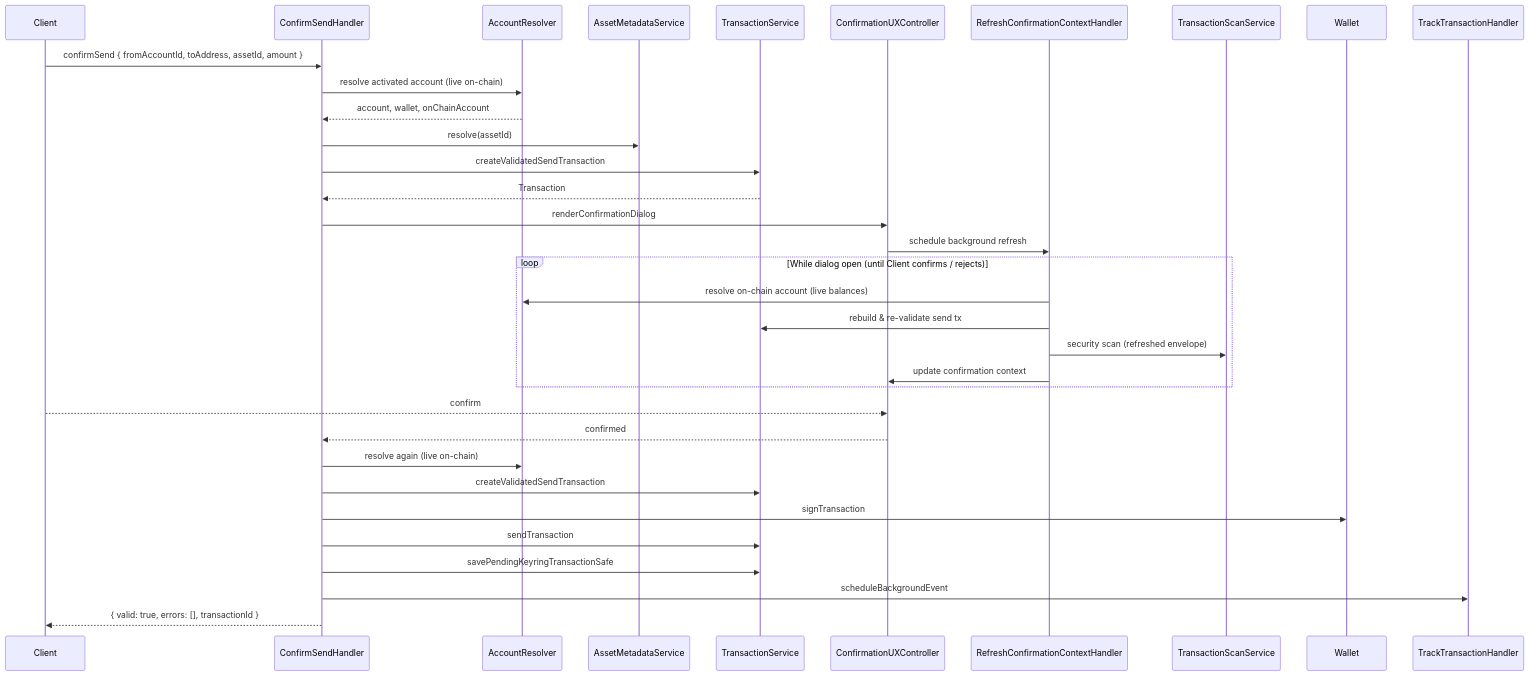
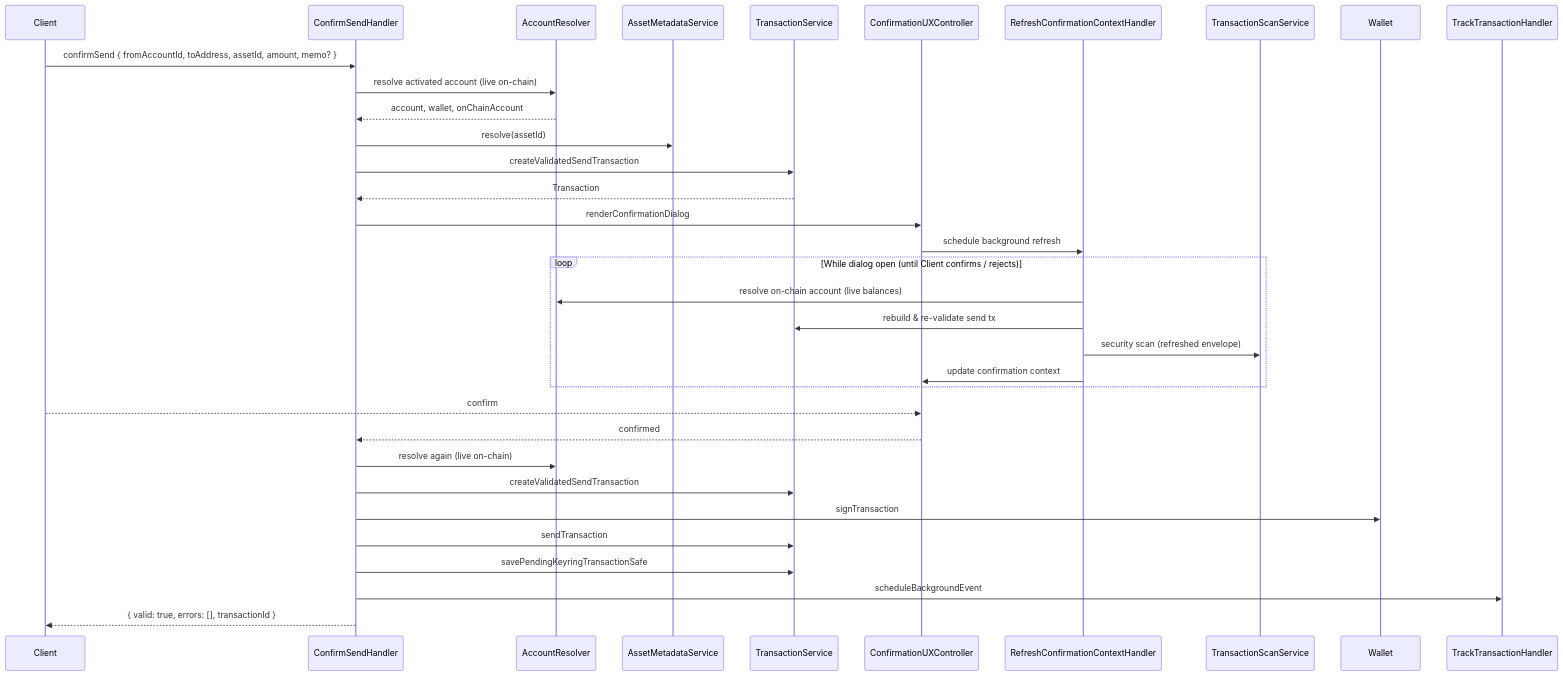
One commit to MetaMask/internal-snaps changed the diagram in packages/stellar-wallet-snap/docs/use-cases/client-request/confirmSend.md. Above: the diagram before and after it, drawn with Mermaid. The commit also changed other lines of this file and 13 other files, not shown here.

Commit message:
feat(stellar-wallet-snap): attach optional memo on confirmSend build path

````diff
--- a/packages/stellar-wallet-snap/docs/use-cases/client-request/confirmSend.md
+++ b/packages/stellar-wallet-snap/docs/use-cases/client-request/confirmSend.md
@@ -61,39 +63,39 @@
 ```mermaid
 sequenceDiagram
   participant Client
   participant Handler as ConfirmSendHandler
   participant Resolver as AccountResolver
   participant Meta as AssetMetadataService
   participant Tx as TransactionService
   participant UI as ConfirmationUXController
   participant Refresh as RefreshConfirmationContextHandler
   participant Scan as TransactionScanService
   participant Wallet
   participant Track as TrackTransactionHandler
 
-  Client->>Handler: confirmSend { fromAccountId, toAddress, assetId, amount }
+  Client->>Handler: confirmSend { fromAccountId, toAddress, assetId, amount, memo? }
   Handler->>Resolver: resolve activated account (live on-chain)
   Resolver-->>Handler: account, wallet, onChainAccount
   Handler->>Meta: resolve(assetId)
   Handler->>Tx: createValidatedSendTransaction
   Tx-->>Handler: Transaction
   Handler->>UI: renderConfirmationDialog
   UI->>Refresh: schedule background refresh
 
   loop While dialog open (until Client confirms / rejects)
     Refresh->>Resolver: resolve on-chain account (live balances)
     Refresh->>Tx: rebuild & re-validate send tx
     Refresh->>Scan: security scan (refreshed envelope)
     Refresh->>UI: update confirmation context
   end
 
   Client-->>UI: confirm
   UI-->>Handler: confirmed
   Handler->>Resolver: resolve again (live on-chain)
   Handler->>Tx: createValidatedSendTransaction
   Handler->>Wallet: signTransaction
   Handler->>Tx: sendTransaction
   Handler->>Tx: savePendingKeyringTransactionSafe
   Handler->>Track: scheduleBackgroundEvent
   Handler-->>Client: { valid: true, errors: [], transactionId }
 ```
````
